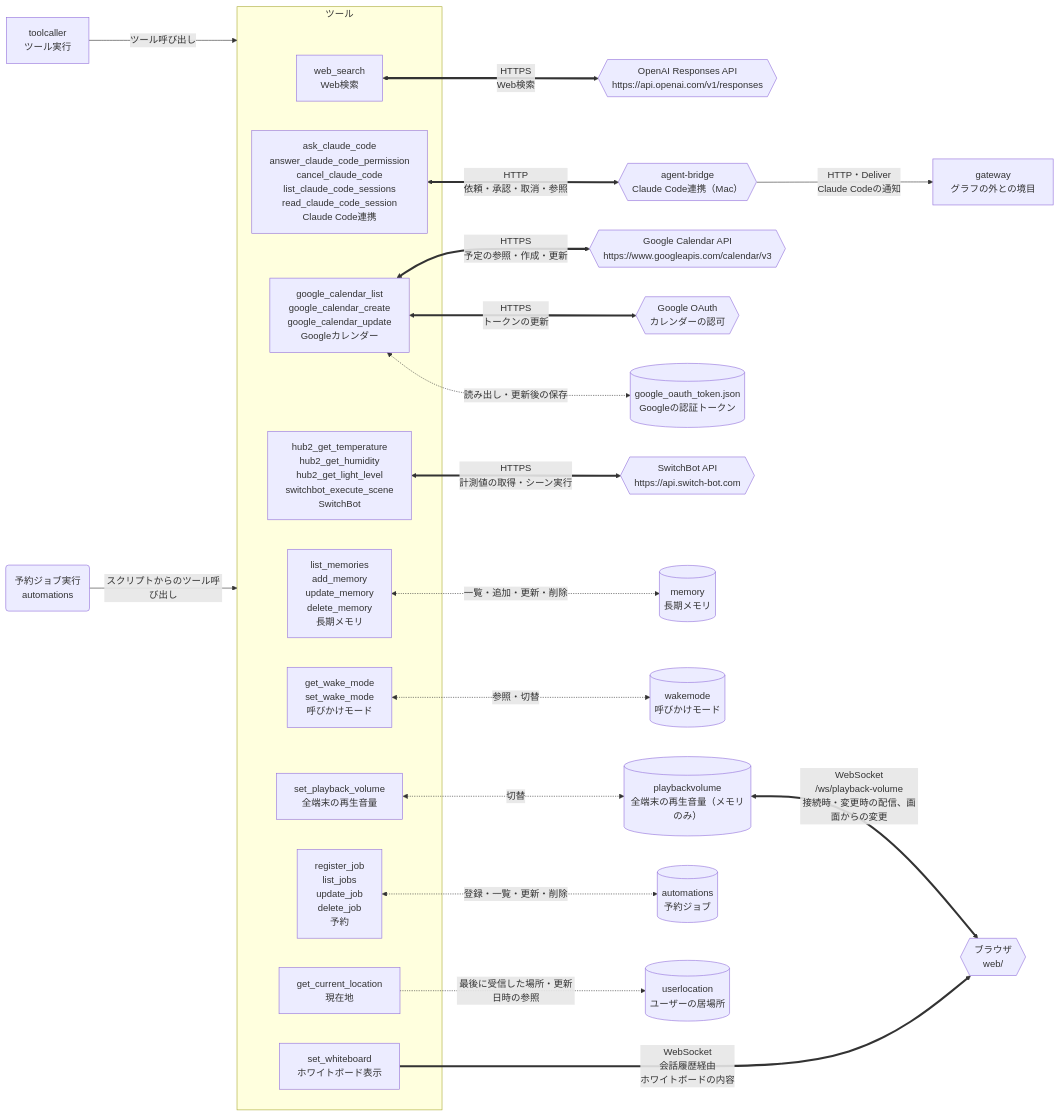
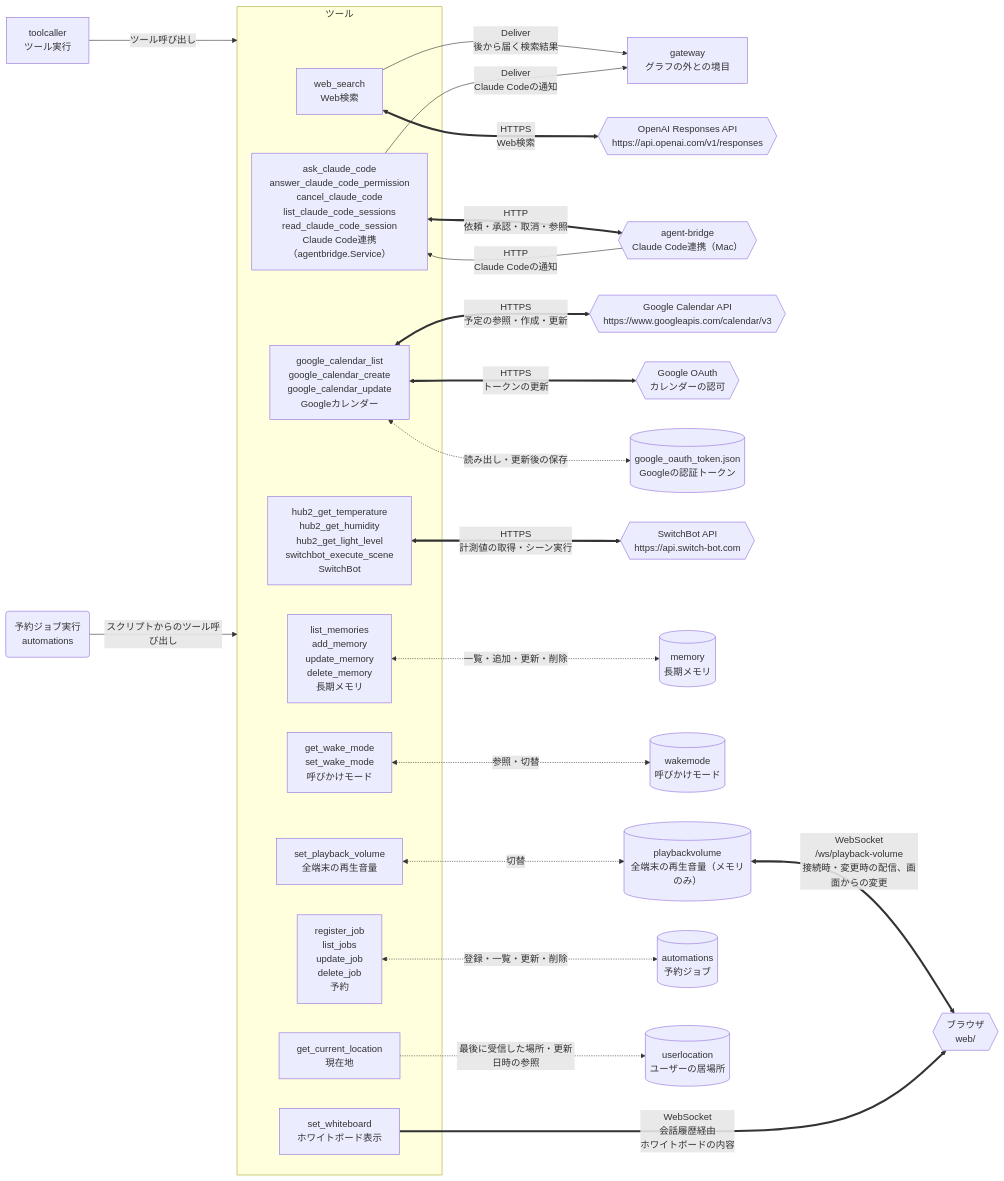
One commit to tetetratra/smart-speaker changed the third of 3 diagrams in README.md. Above: the diagram before and after it, drawn with Mermaid.

Commit message:
README の「ツール」の図で、Deliver を呼ぶ部品から gateway へ線を引く
Claude Code の通知は、Mac 側の agent-bridge が HTTP でサーバーへ送り、
サーバー側の agentbridge.Service が Deliver で gateway に送っている。1本にまとめていた線を
この2段に分け、Web検索ツールから gateway への Deliver の線も足した。

````diff
--- a/README.md
+++ b/README.md
@@ -161,51 +161,53 @@
 ```mermaid
 flowchart LR
     tool["toolcaller<br/>ツール実行"]
     scheduler("予約ジョブ実行<br/>automations")
     gateway["gateway<br/>グラフの外との境目"]
 
     subgraph toolset["ツール"]
         webSearchTool["web_search<br/>Web検索"]
-        claudeCodeTool["ask_claude_code<br/>answer_claude_code_permission<br/>cancel_claude_code<br/>list_claude_code_sessions<br/>read_claude_code_session<br/>Claude Code連携"]
+        claudeCodeTool["ask_claude_code<br/>answer_claude_code_permission<br/>cancel_claude_code<br/>list_claude_code_sessions<br/>read_claude_code_session<br/>Claude Code連携（agentbridge.Service）"]
         calendarTool["google_calendar_list<br/>google_calendar_create<br/>google_calendar_update<br/>Googleカレンダー"]
         switchBotTool["hub2_get_temperature<br/>hub2_get_humidity<br/>hub2_get_light_level<br/>switchbot_execute_scene<br/>SwitchBot"]
         memoryTool["list_memories<br/>add_memory<br/>update_memory<br/>delete_memory<br/>長期メモリ"]
         wakeModeTool["get_wake_mode<br/>set_wake_mode<br/>呼びかけモード"]
         volumeTool["set_playback_volume<br/>全端末の再生音量"]
         automationTool["register_job<br/>list_jobs<br/>update_job<br/>delete_job<br/>予約"]
         whiteboardTool["set_whiteboard<br/>ホワイトボード表示"]
         locationTool["get_current_location<br/>現在地"]
     end
 
 
     openaiResponses{{"OpenAI Responses API<br/>https://api.openai.com/v1/responses"}}
     agentBridge{{"agent-bridge<br/>Claude Code連携（Mac）"}}
     googleCalendar{{"Google Calendar API<br/>https://www.googleapis.com/calendar/v3"}}
     googleOAuth{{"Google OAuth<br/>カレンダーの認可"}}
     googleTokenStore[("google_oauth_token.json<br/>Googleの認証トークン")]
     switchBot{{"SwitchBot API<br/>https://api.switch-bot.com"}}
     memoryStore[("memory<br/>長期メモリ")]
     wakeModeStore[("wakemode<br/>呼びかけモード")]
     volumeStore[("playbackvolume<br/>全端末の再生音量（メモリのみ）")]
     automationStore[("automations<br/>予約ジョブ")]
     locationStore[("userlocation<br/>ユーザーの居場所")]
     browser{{"ブラウザ<br/>web/"}}
 
     tool -->|"ツール呼び出し"| toolset
     scheduler -->|"スクリプトからのツール呼び出し"| toolset
 
     webSearchTool <==>|"HTTPS<br/>Web検索"| openaiResponses
+    webSearchTool -->|"Deliver<br/>後から届く検索結果"| gateway
     claudeCodeTool <==>|"HTTP<br/>依頼・承認・取消・参照"| agentBridge
-    agentBridge -->|"HTTP・Deliver<br/>Claude Codeの通知"| gateway
+    agentBridge -->|"HTTP<br/>Claude Codeの通知"| claudeCodeTool
+    claudeCodeTool -->|"Deliver<br/>Claude Codeの通知"| gateway
     calendarTool <==>|"HTTPS<br/>予定の参照・作成・更新"| googleCalendar
     calendarTool <-.->|"読み出し・更新後の保存"| googleTokenStore
     calendarTool <==>|"HTTPS<br/>トークンの更新"| googleOAuth
     switchBotTool <==>|"HTTPS<br/>計測値の取得・シーン実行"| switchBot
     memoryTool <-.->|"一覧・追加・更新・削除"| memoryStore
     wakeModeTool <-.->|"参照・切替"| wakeModeStore
     volumeTool <-.->|"切替"| volumeStore
     volumeStore <==>|"WebSocket<br/>/ws/playback-volume<br/>接続時・変更時の配信、画面からの変更"| browser
     automationTool <-.->|"登録・一覧・更新・削除"| automationStore
     locationTool -.->|"最後に受信した場所・更新日時の参照"| locationStore
     whiteboardTool ==>|"WebSocket<br/>会話履歴経由<br/>ホワイトボードの内容"| browser
 ```
````
